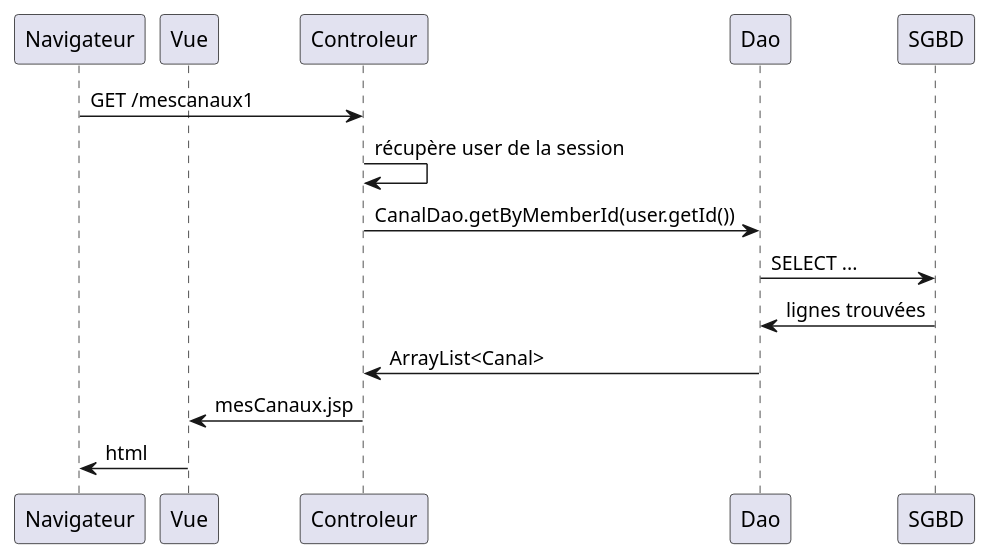
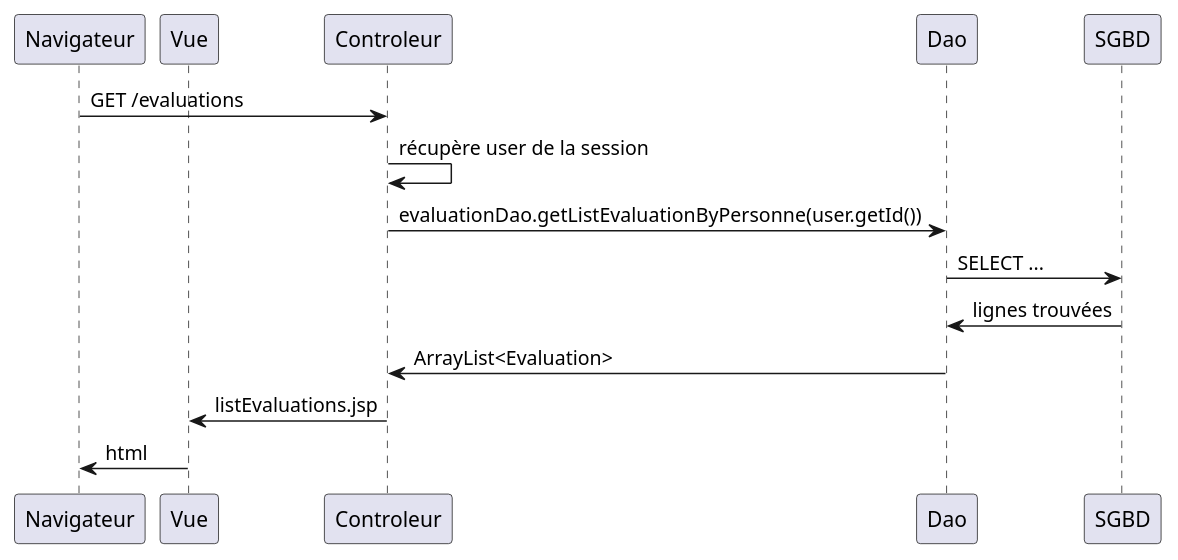
Before and after one commit to michel-plasse/siomassy2021: the diagram in src/main/webapp/doc/mesEvaluations.puml, drawn with PlantUML. The commit also changed other lines of this file and 3 other files, not shown here.

Commit message:
diagramme de séquence

```diff
--- a/src/main/webapp/doc/mesEvaluations.puml
+++ b/src/main/webapp/doc/mesEvaluations.puml
@@ -1,15 +1,15 @@
 @startuml
 ' par défaut, les couches sont disposées dans l'ordre d'apparition
 ' nous utilison participant pour préciser qu'après Navigateur il y a Vue et non Controleur
 participant Navigateur
 participant Vue
 
-Navigateur -> Controleur: GET /mescanaux1
+Navigateur -> Controleur: GET /evaluations
 Controleur -> Controleur: récupère user de la session
-Controleur -> Dao: CanalDao.getByMemberId(user.getId())
+Controleur -> Dao: evaluationDao.getListEvaluationByPersonne(user.getId())
 Dao -> SGBD: SELECT ...
 SGBD -> Dao: lignes trouvées
-Dao -> Controleur: ArrayList<Canal>
-Controleur -> Vue: mesCanaux.jsp
+Dao -> Controleur: ArrayList<Evaluation>
+Controleur -> Vue: listEvaluations.jsp
 Vue -> Navigateur: html
 @enduml
```
